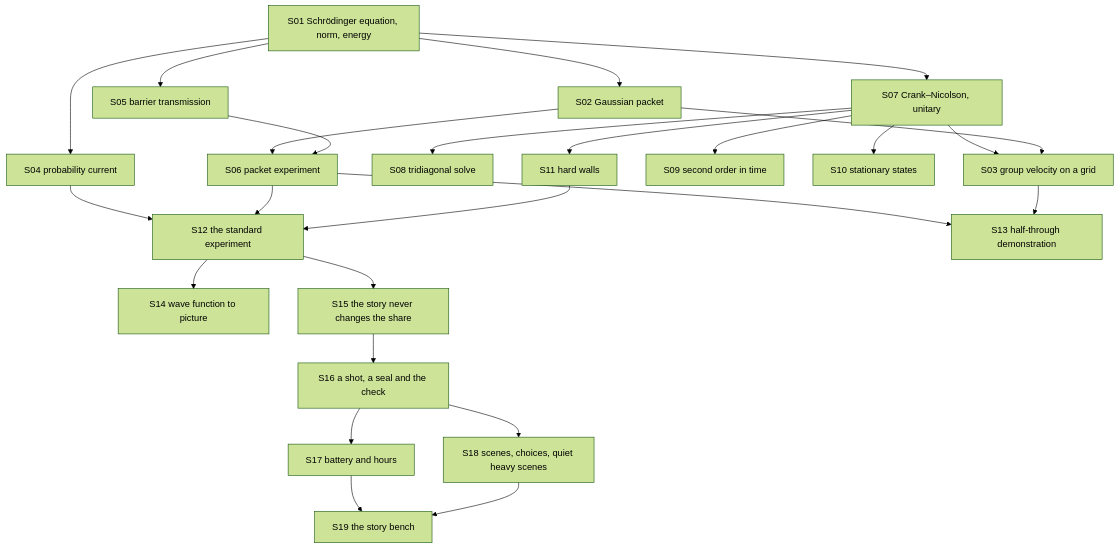
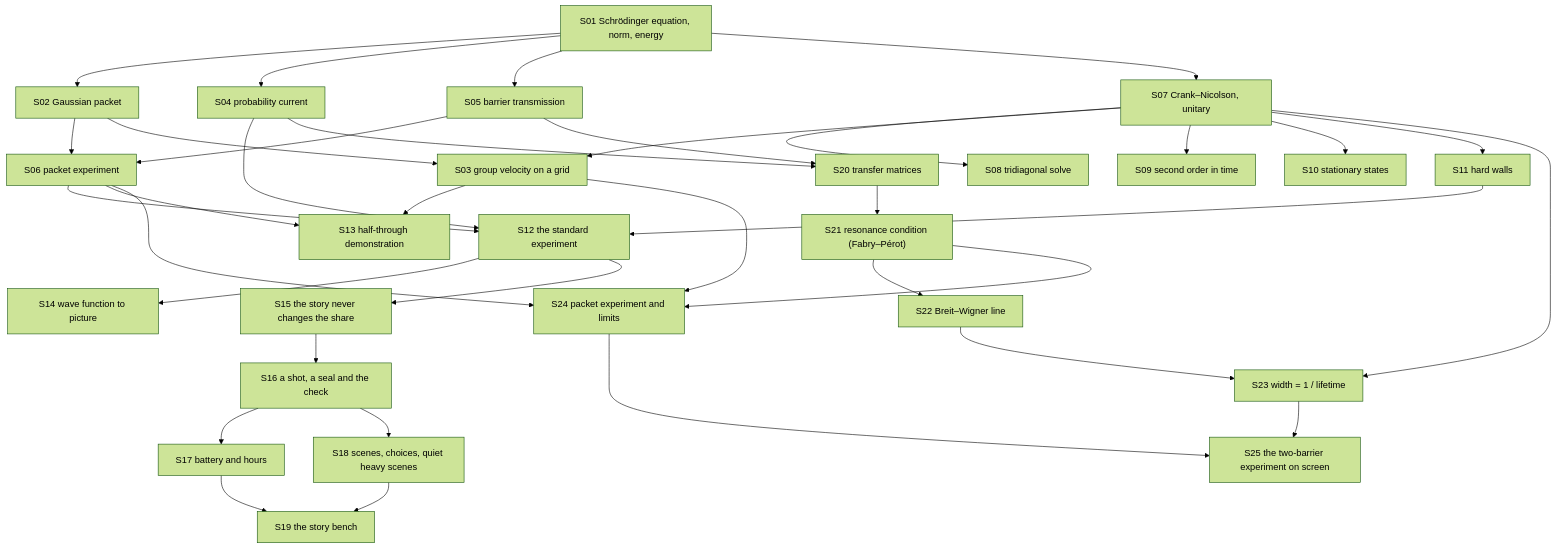
The diagram in docs/theory/README.md (TM-59/quantum-wave-hopper), drawn with Mermaid (forest theme) before and after one commit. The commit also changed other lines of this file and 48 other files, not shown here.

````diff
--- a/docs/theory/README.md
+++ b/docs/theory/README.md
@@ -18,27 +19,38 @@
 ```mermaid
 flowchart TD
     S01["S01 Schrödinger equation, norm, energy"] --> S02["S02 Gaussian packet"]
     S01 --> S04["S04 probability current"]
     S01 --> S05["S05 barrier transmission"]
     S02 --> S06["S06 packet experiment"]
     S05 --> S06
     S01 --> S07["S07 Crank–Nicolson, unitary"]
     S07 --> S08["S08 tridiagonal solve"]
     S07 --> S03["S03 group velocity on a grid"]
     S02 --> S03
     S07 --> S09["S09 second order in time"]
     S07 --> S10["S10 stationary states"]
     S07 --> S11["S11 hard walls"]
     S04 --> S12["S12 the standard experiment"]
     S06 --> S12
     S11 --> S12
     S06 --> S13["S13 half-through demonstration"]
     S03 --> S13
     S12 --> S14["S14 wave function to picture"]
     S12 --> S15["S15 the story never changes the share"]
     S15 --> S16["S16 a shot, a seal and the check"]
     S16 --> S17["S17 battery and hours"]
     S16 --> S18["S18 scenes, choices, quiet heavy scenes"]
     S17 --> S19["S19 the story bench"]
     S18 --> S19
+    S05 --> S20["S20 transfer matrices"]
+    S04 --> S20
+    S20 --> S21["S21 resonance condition (Fabry–Pérot)"]
+    S21 --> S22["S22 Breit–Wigner line"]
+    S22 --> S23["S23 width = 1 / lifetime"]
+    S07 --> S23
+    S06 --> S24["S24 packet experiment and limits"]
+    S21 --> S24
+    S03 --> S24
+    S23 --> S25["S25 the two-barrier experiment on screen"]
+    S24 --> S25
 ```
````
